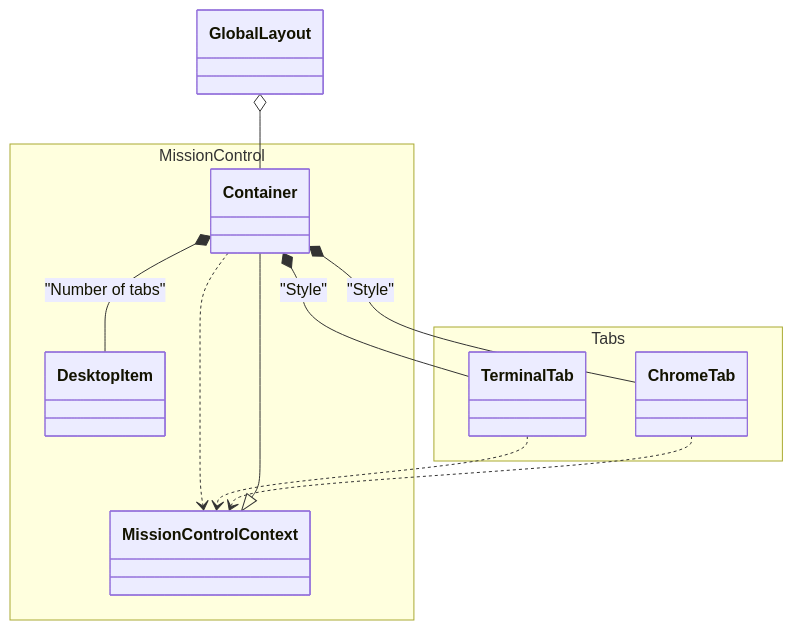
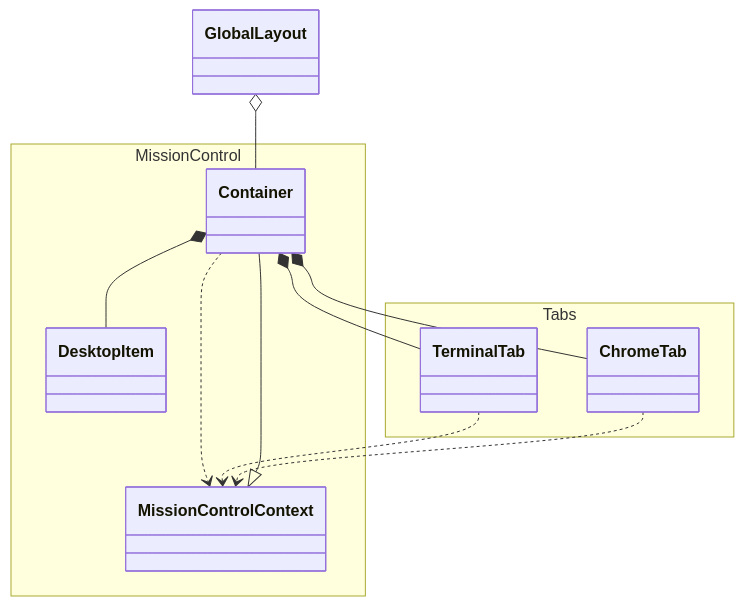
One commit to syi0808/WhoAmI changed the diagram in design.md. Above: the diagram before and after it, drawn with Mermaid. The commit also changed other lines of this file and 1 other file, not shown here.

````diff
--- a/design.md
+++ b/design.md
@@ -13,27 +1,27 @@
 ```mermaid
 classDiagram
     class GlobalLayout
 
     namespace MissionControl {
       class Container
       class DesktopItem
       class MissionControlContext
     }
 
     namespace Tabs {
       class TerminalTab
       class ChromeTab
     }
 
     GlobalLayout o-- Container
 
     MissionControlContext <|-- Container
     Container ..> MissionControlContext
-    Container *-- DesktopItem : "Number of tabs"
+    Container *-- DesktopItem
 
-    Container *-- TerminalTab : "Style"
-    Container *-- ChromeTab : "Style"
+    Container *-- TerminalTab
+    Container *-- ChromeTab
 
     TerminalTab ..> MissionControlContext
     ChromeTab ..> MissionControlContext
 ```
````
